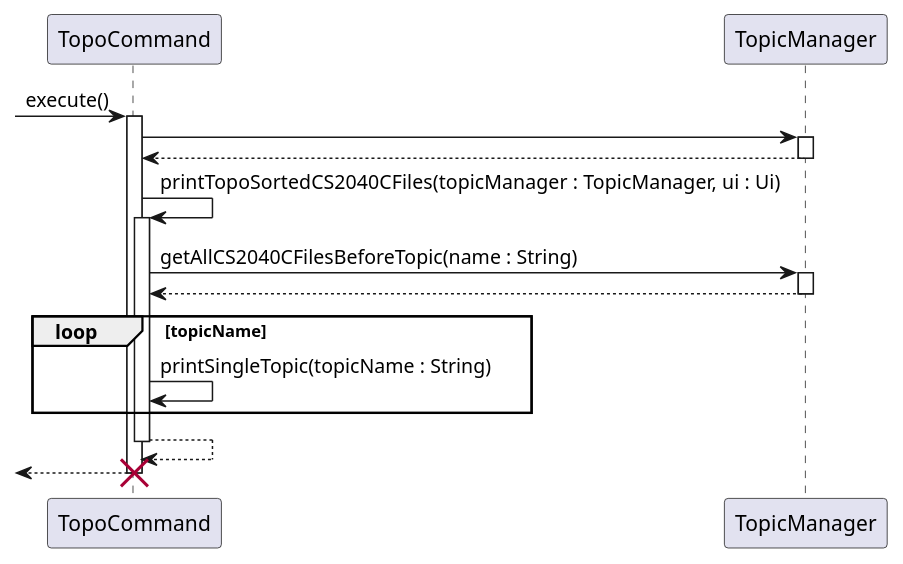
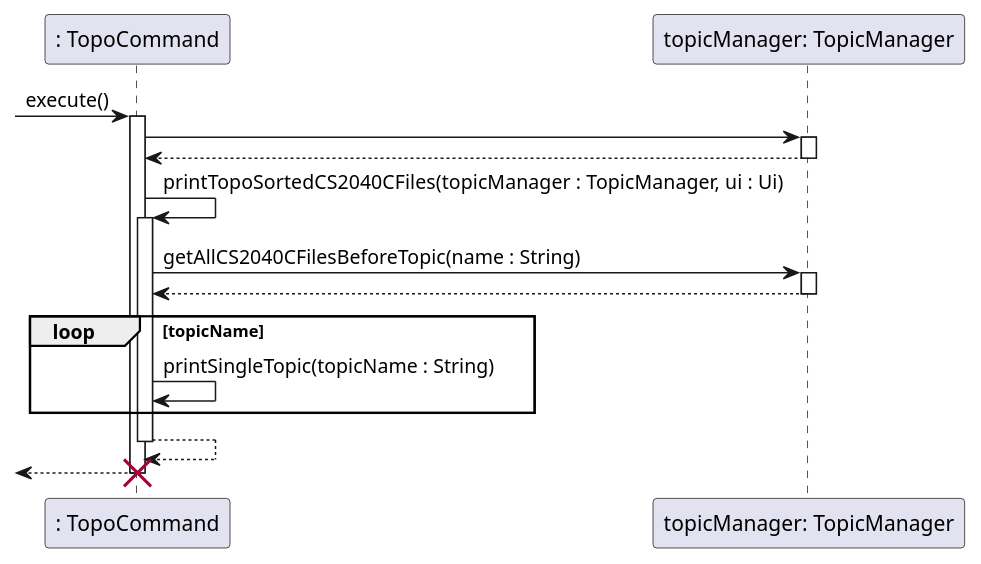
The diagram in docs/sequence-diagrams/source-files/TopoSort.puml (ong-ck/tp), drawn with PlantUML before and after one commit. The commit also changed 12 other files, not shown here.

Commit message:
Change sequence diagrams to show objects instead of classes

```diff
--- a/docs/sequence-diagrams/source-files/TopoSort.puml
+++ b/docs/sequence-diagrams/source-files/TopoSort.puml
@@ -1,25 +1,25 @@
 @startuml
 'https://plantuml.com/sequence-diagram
 
-participant TopoCommand as tc
-participant TopicManager as tm
+participant ": TopoCommand" as tc
+participant "topicManager: TopicManager" as tm
 
 -> tc : execute()
 activate tc
 tc -> tm
 activate tm
 tm --> tc
 deactivate tm
 tc -> tc : printTopoSortedCS2040CFiles(topicManager : TopicManager, ui : Ui)
 activate tc
 tc -> tm : getAllCS2040CFilesBeforeTopic(name : String)
 activate tm
 tm --> tc
 deactivate tm
 loop topicName
     tc -> tc : printSingleTopic(topicName : String)
 end
 tc --> tc
 deactivate tc
 <-- tc !!
 @enduml
```
